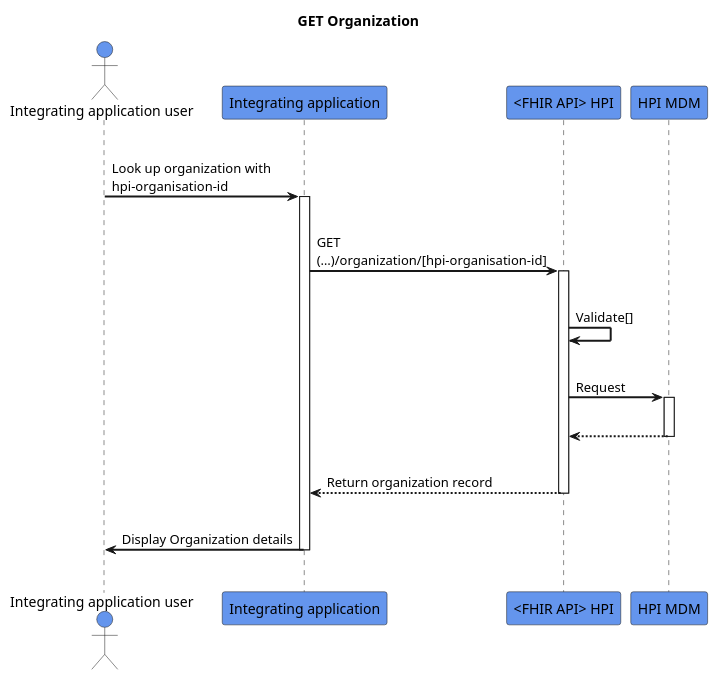
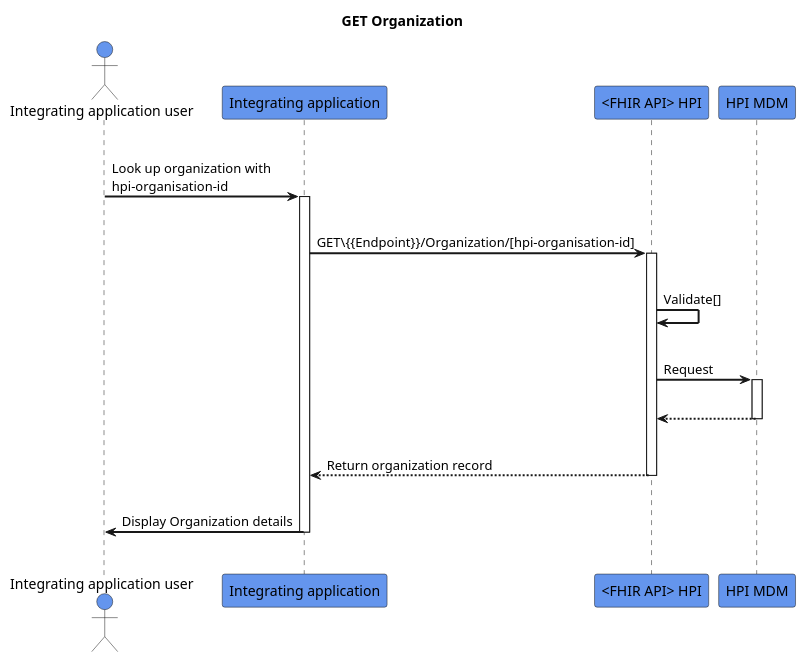
One commit to HL7NZ/hpi changed the diagram in input/images-source/get-organization.plantuml. Above: the diagram before and after it, drawn with PlantUML.

```diff
--- a/input/images-source/get-organization.plantuml
+++ b/input/images-source/get-organization.plantuml
@@ -1,33 +1,32 @@
 @startuml
 skinparam sequenceArrowThickness 2
 skinparam roundcorner 5
 skinparam maxmessagesize 180
 skinparam sequenceParticipant bold
 title GET Organization
 actor "Integrating application user" as User #CornflowerBlue
 participant "Integrating application" as A #CornflowerBlue
 participant "<FHIR API> HPI" as B #CornflowerBlue
 participant "HPI MDM" as C #CornflowerBlue
 |||
 User -> A: Look up organization with hpi-organisation-id
 activate A
 |||
-A -> B: GET (…)/organization/[hpi-organisation-id]
+A -> B: GET\{{Endpoint}}/Organization/[hpi-organisation-id]
 activate B
 |||
 B -> B: Validate[]
 |||
 B -> C: Request
 activate C
 |||
-
 C -[dashed]-> B:  
 deactivate C
 |||
 B -[dashed]-> A:Return organization record
 deactivate B
 |||
 A -> User:Display Organization details 
 deactivate A
 |||
 @enduml
```
